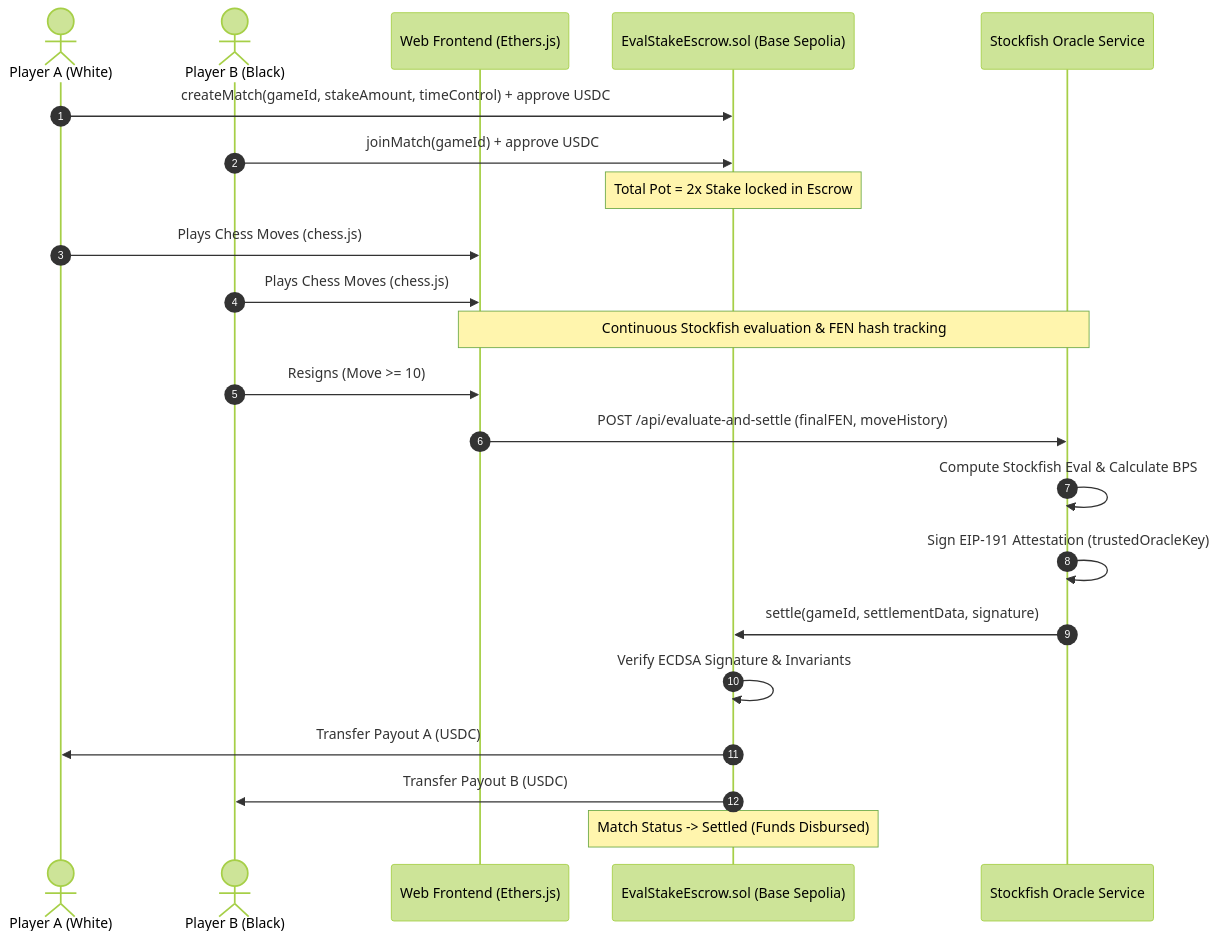
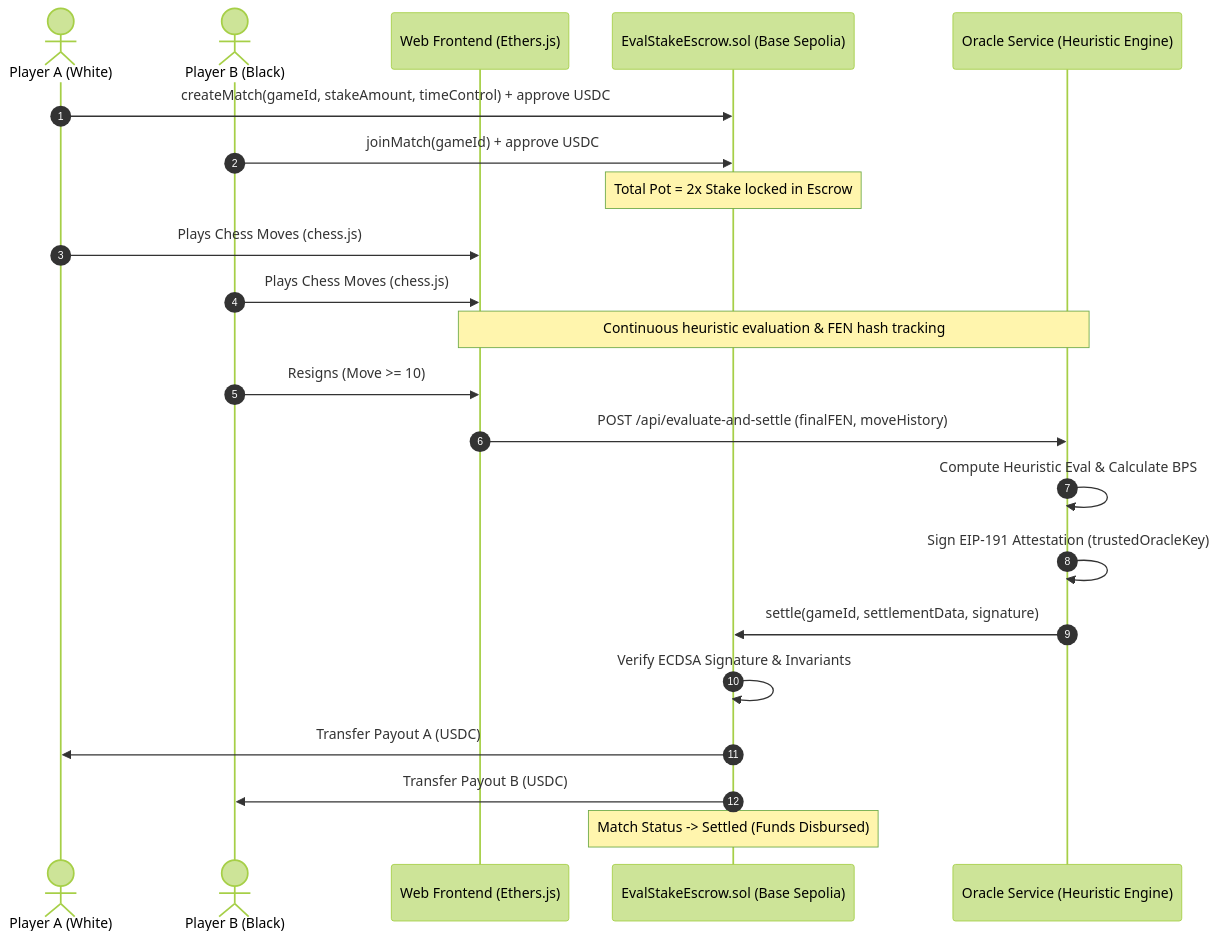
The diagram in README.md (Mathan-dotcom/Centipawn), drawn with Mermaid (forest theme) before and after one commit. The commit also changed other lines of this file and 4 other files, not shown here.

Commit message:
Update user-facing claims from Stockfish to heuristic evaluation engine

````diff
--- a/README.md
+++ b/README.md
@@ -80,27 +80,27 @@
 ```mermaid
 sequenceDiagram
     autonumber
     actor PlayerA as Player A (White)
     actor PlayerB as Player B (Black)
     participant UI as Web Frontend (Ethers.js)
     participant Escrow as EvalStakeEscrow.sol (Base Sepolia)
-    participant Oracle as Stockfish Oracle Service
+    participant Oracle as Oracle Service (Heuristic Engine)
 
     PlayerA->>Escrow: createMatch(gameId, stakeAmount, timeControl) + approve USDC
     PlayerB->>Escrow: joinMatch(gameId) + approve USDC
     Note over Escrow: Total Pot = 2x Stake locked in Escrow
     
     PlayerA->>UI: Plays Chess Moves (chess.js)
     PlayerB->>UI: Plays Chess Moves (chess.js)
-    Note over UI,Oracle: Continuous Stockfish evaluation & FEN hash tracking
+    Note over UI,Oracle: Continuous heuristic evaluation & FEN hash tracking
 
     PlayerB->>UI: Resigns (Move >= 10)
     UI->>Oracle: POST /api/evaluate-and-settle (finalFEN, moveHistory)
-    Oracle->>Oracle: Compute Stockfish Eval & Calculate BPS
+    Oracle->>Oracle: Compute Heuristic Eval & Calculate BPS
     Oracle->>Oracle: Sign EIP-191 Attestation (trustedOracleKey)
     Oracle->>Escrow: settle(gameId, settlementData, signature)
     Escrow->>Escrow: Verify ECDSA Signature & Invariants
     Escrow->>PlayerA: Transfer Payout A (USDC)
     Escrow->>PlayerB: Transfer Payout B (USDC)
     Note over Escrow: Match Status -> Settled (Funds Disbursed)
 ```
````
